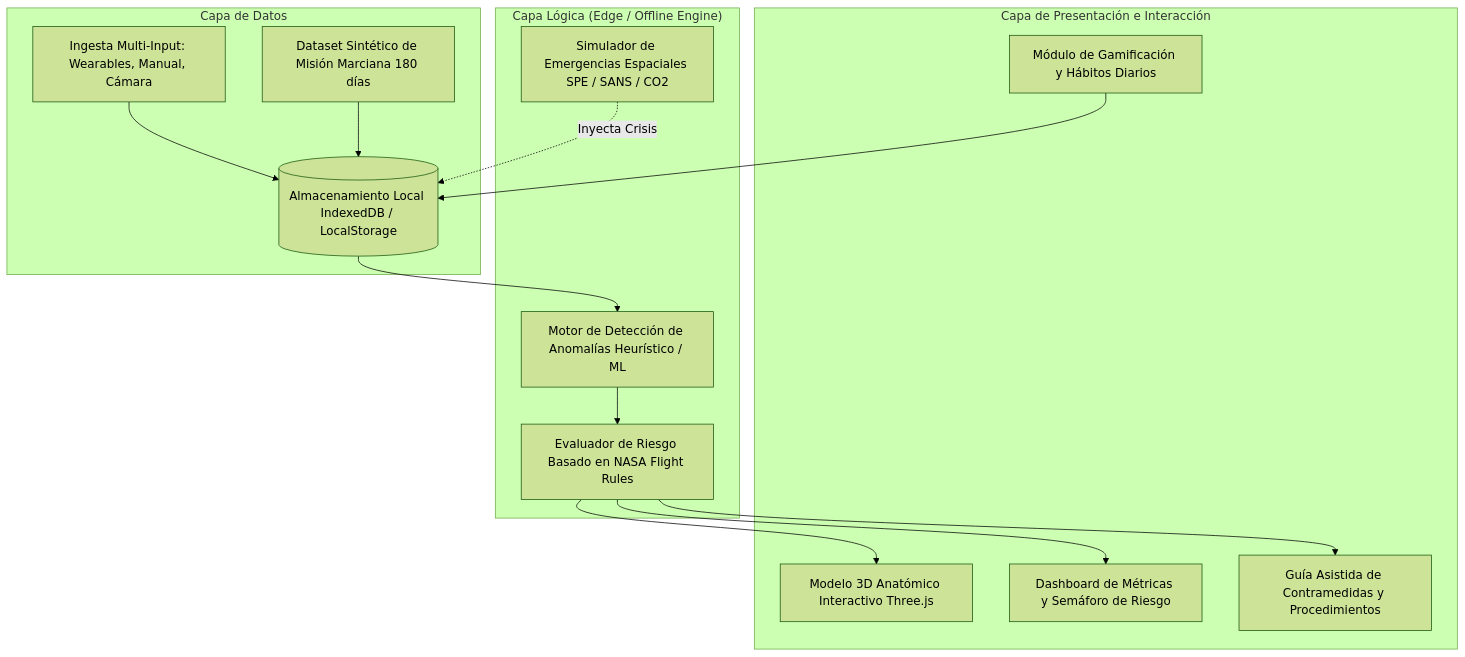
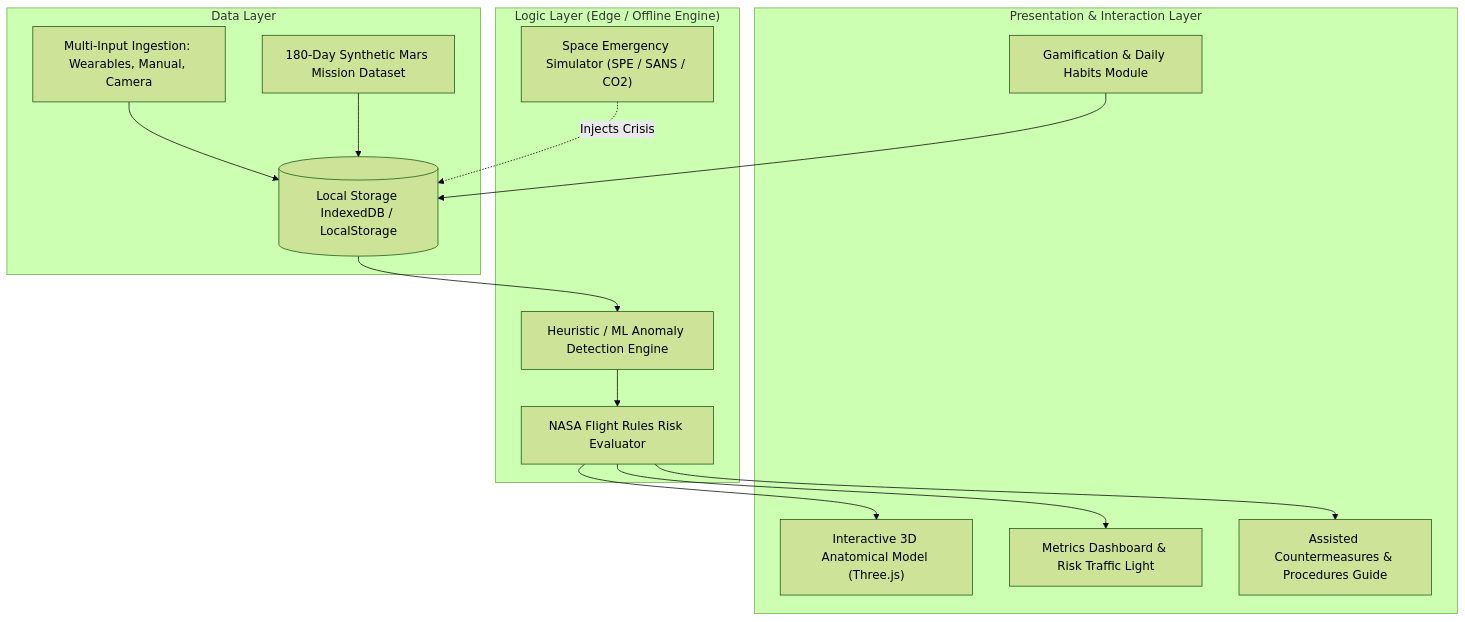
Before and after one commit to angelcontres/ASTHA-SpaceApps: the diagram in docs/HEALTH_MONITORING_SOFTWARE_SPEC.md, drawn with Mermaid (forest theme). The commit also changed other lines of this file and 46 other files, not shown here.

````diff
--- a/docs/HEALTH_MONITORING_SOFTWARE_SPEC.md
+++ b/docs/HEALTH_MONITORING_SOFTWARE_SPEC.md
@@ -66,31 +66,31 @@
 ```mermaid
 flowchart TD
-    subgraph UI_Layer["Capa de Presentación e Interacción"]
-        A[Modelo 3D Anatómico Interactivo Three.js]
-        B[Dashboard de Métricas y Semáforo de Riesgo]
-        C[Módulo de Gamificación y Hábitos Diarios]
-        D[Guía Asistida de Contramedidas y Procedimientos]
+    subgraph UI_Layer["Presentation & Interaction Layer"]
+        A["Interactive 3D Anatomical Model (Three.js)"]
+        B["Metrics Dashboard & Risk Traffic Light"]
+        C["Gamification & Daily Habits Module"]
+        D["Assisted Countermeasures & Procedures Guide"]
     end
 
-    subgraph Logic_Layer["Capa Lógica (Edge / Offline Engine)"]
-        E[Motor de Detección de Anomalías Heurístico / ML]
-        F[Evaluador de Riesgo Basado en NASA Flight Rules]
-        G[Simulador de Emergencias Espaciales SPE / SANS / CO2]
+    subgraph Logic_Layer["Logic Layer (Edge / Offline Engine)"]
+        E["Heuristic / ML Anomaly Detection Engine"]
+        F["NASA Flight Rules Risk Evaluator"]
+        G["Space Emergency Simulator (SPE / SANS / CO2)"]
     end
 
-    subgraph Data_Layer["Capa de Datos"]
-        H[(Almacenamiento Local IndexedDB / LocalStorage)]
-        I[Ingesta Multi-Input: Wearables, Manual, Cámara]
-        J[Dataset Sintético de Misión Marciana 180 días]
+    subgraph Data_Layer["Data Layer"]
+        H[("Local Storage IndexedDB / LocalStorage")]
+        I["Multi-Input Ingestion: Wearables, Manual, Camera"]
+        J["180-Day Synthetic Mars Mission Dataset"]
     end
 
     I --> H
     J --> H
     H --> E
     E --> F
     F --> B
     F --> A
     F --> D
-    G -. Inyecta Crisis .-> H
+    G -. Injects Crisis .-> H
     C --> H
 ```
````
